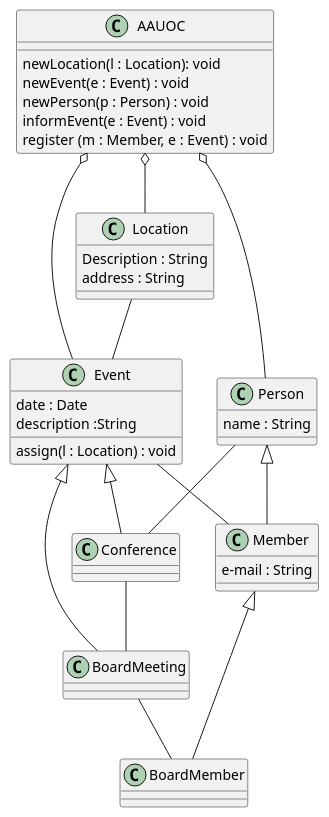
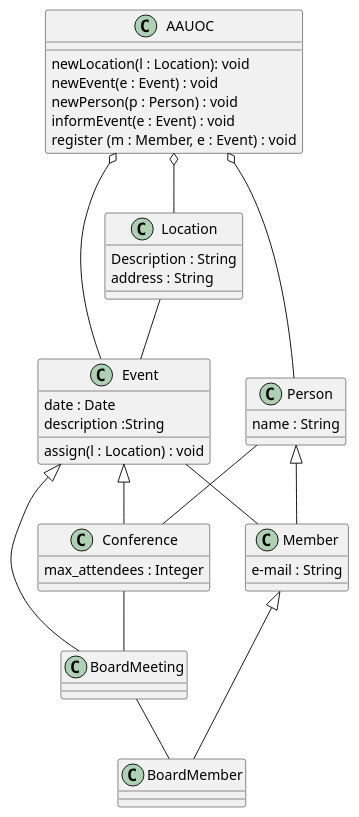
Before and after one commit to DaniJorCa/UMLDanielJordanCarre-o: the diagram in src/UOC.puml, drawn with PlantUML.

Commit message:
Atributos Conference

```diff
--- a/src/UOC.puml
+++ b/src/UOC.puml
@@ -1,48 +1,52 @@
 @startuml
 
 
 Conference -- BoardMeeting
 Event <|-- Conference
 Event <|-- BoardMeeting
 
 Person <|-- Member
 Member <|-- BoardMember
 
 Person -- Conference
 BoardMeeting -- BoardMember
 Event -- Member
 Location -- Event
 
 AAUOC o-- Person
 AAUOC o-- Event
 AAUOC o-- Location
 
 class AAUOC{
 newLocation(l : Location): void
 newEvent(e : Event) : void
 newPerson(p : Person) : void
 informEvent(e : Event) : void
 register (m : Member, e : Event) : void
 }
 
 class Location{
 Description : String
 address : String
 }
 
 class Event{
 date : Date
 description :String
 assign(l : Location) : void
 }
 
 class Person{
 name : String
 }
 
 class Member{
 e-mail : String
 }
 
+class Conference{
+max_attendees : Integer
+}
+
 
 @enduml
```
